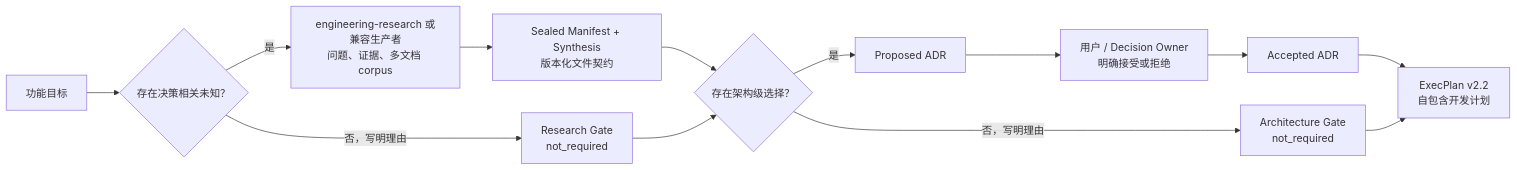
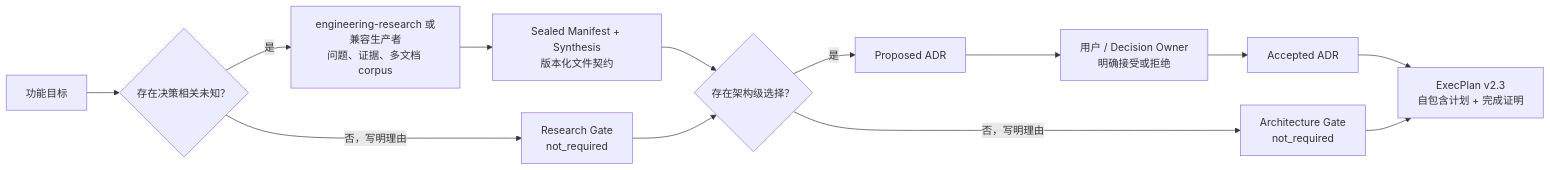
The diagram in SKILL.md (XiaoWeiKIN/RepoFoundryAI), drawn with Mermaid before and after one commit. The commit also changed other lines of this file and 17 other files, not shown here.

````diff
--- a/SKILL.md
+++ b/SKILL.md
@@ -11,15 +11,15 @@
 ```mermaid
 flowchart LR
     F["功能目标"] --> Q{"存在决策相关未知？"}
     Q -->|"是"| R["engineering-research 或兼容生产者<br/>问题、证据、多文档 corpus"]
     R --> S["Sealed Manifest + Synthesis<br/>版本化文件契约"]
     Q -->|"否，写明理由"| RG["Research Gate<br/>not_required"]
     S --> A{"存在架构级选择？"}
     A -->|"是"| P["Proposed ADR"]
     P --> H["用户 / Decision Owner<br/>明确接受或拒绝"]
     H --> D["Accepted ADR"]
     A -->|"否，写明理由"| AG["Architecture Gate<br/>not_required"]
-    D --> EP["ExecPlan v2.2<br/>自包含开发计划"]
+    D --> EP["ExecPlan v2.3<br/>自包含计划 + 完成证明"]
     RG --> A
     AG --> EP
 ```
````
